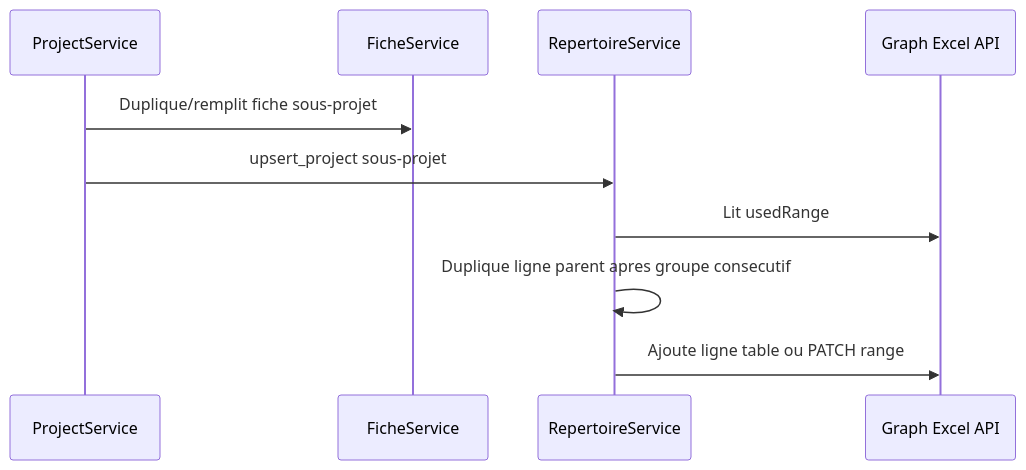
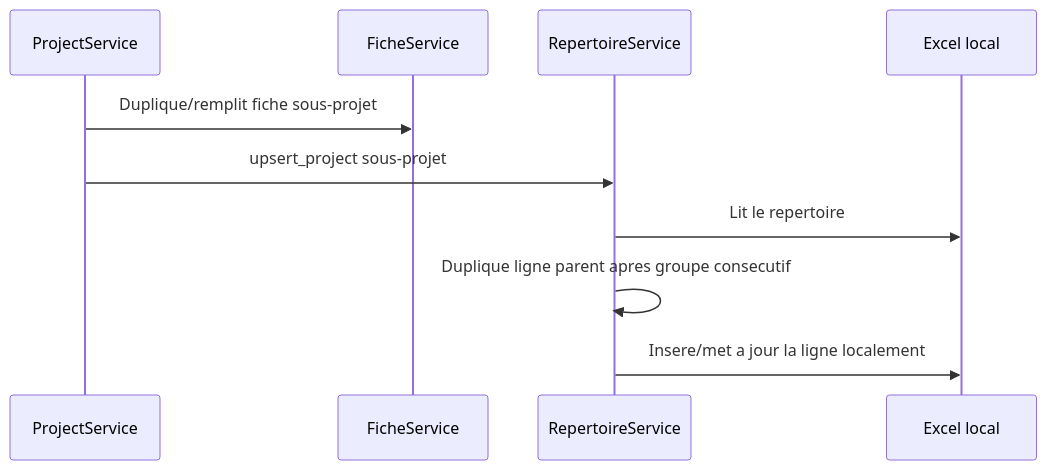
One commit to LionelMds/projectflow-automator changed the fourth of 4 diagrams in docs/architecture.md. Above: the diagram before and after it, drawn with Mermaid. The commit also changed other lines of this file and 51 other files, not shown here.

````diff
--- a/docs/architecture.md
+++ b/docs/architecture.md
@@ -61,13 +54,13 @@
 ```mermaid
 sequenceDiagram
   participant Service as ProjectService
   participant Fiche as FicheService
   participant Rep as RepertoireService
-  participant Excel as Graph Excel API
+  participant Excel as Excel local
 
   Service->>Fiche: Duplique/remplit fiche sous-projet
   Service->>Rep: upsert_project sous-projet
-  Rep->>Excel: Lit usedRange
+  Rep->>Excel: Lit le repertoire
   Rep->>Rep: Duplique ligne parent apres groupe consecutif
-  Rep->>Excel: Ajoute ligne table ou PATCH range
+  Rep->>Excel: Insere/met a jour la ligne localement
 ```
````
